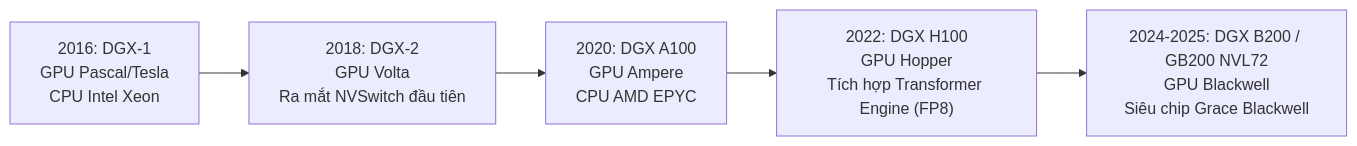
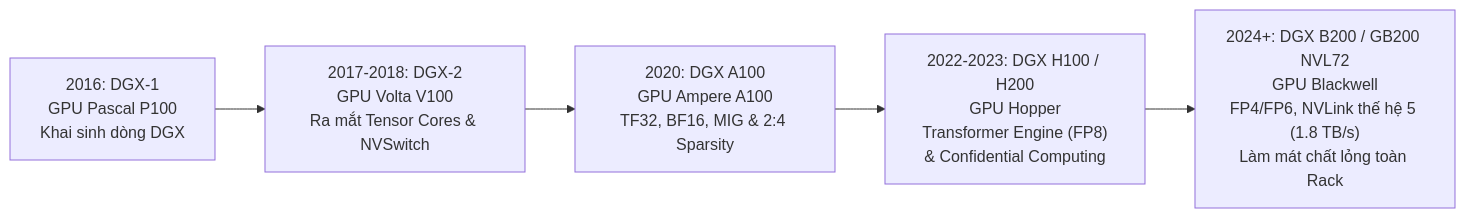
Before and after one commit to nxthanh2904/nca-genl: the second of 6 diagrams in Module_08_NVIDIA_Ecosystem.md, drawn with Mermaid. The commit also changed other lines of this file and 11 other files, not shown here.

````diff
--- a/Module_08_NVIDIA_Ecosystem.md
+++ b/Module_08_NVIDIA_Ecosystem.md
@@ -41,10 +41,10 @@
 ```mermaid
 flowchart LR
-    D1["2016: DGX-1<br/>GPU Pascal/Tesla<br/>CPU Intel Xeon"]
-    D2["2018: DGX-2<br/>GPU Volta<br/>Ra mắt NVSwitch đầu tiên"]
-    D3["2020: DGX A100<br/>GPU Ampere<br/>CPU AMD EPYC"]
-    D4["2022: DGX H100<br/>GPU Hopper<br/>Tích hợp Transformer Engine (FP8)"]
-    D5["2024-2025: DGX B200 / GB200 NVL72<br/>GPU Blackwell<br/>Siêu chip Grace Blackwell"]
+    D1["2016: DGX-1<br/>GPU Pascal P100<br/>Khai sinh dòng DGX"]
+    D2["2017-2018: DGX-2<br/>GPU Volta V100<br/>Ra mắt Tensor Cores & NVSwitch"]
+    D3["2020: DGX A100<br/>GPU Ampere A100<br/>TF32, BF16, MIG & 2:4 Sparsity"]
+    D4["2022-2023: DGX H100 / H200<br/>GPU Hopper<br/>Transformer Engine (FP8)<br/>& Confidential Computing"]
+    D5["2024+: DGX B200 / GB200 NVL72<br/>GPU Blackwell<br/>FP4/FP6, NVLink thế hệ 5 (1.8 TB/s)<br/>Làm mát chất lỏng toàn Rack"]
 
     D1 --> D2 --> D3 --> D4 --> D5
 ```
````
